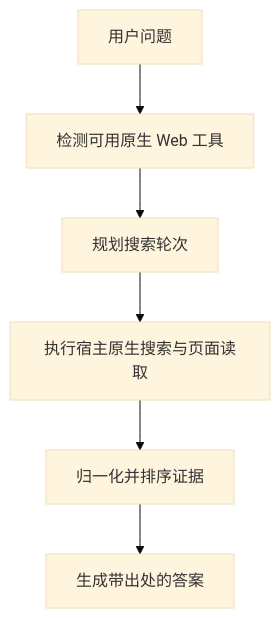
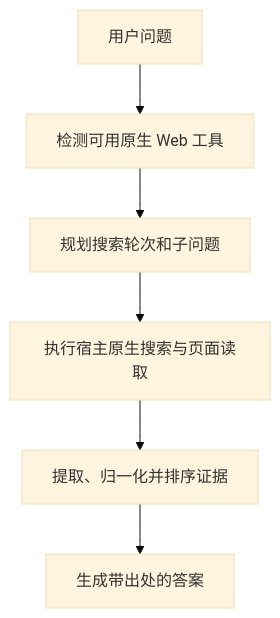
One commit to hellowind777/hellosearch changed the diagram in README_CN.md. Above: the diagram before and after it, drawn with Mermaid (base theme). The commit also changed other lines of this file and 22 other files, not shown here.

````diff
--- a/README_CN.md
+++ b/README_CN.md
@@ -97,8 +111,8 @@
 ```mermaid
 flowchart TD
     A[用户问题] --> B[检测可用原生 Web 工具]
-    B --> C[规划搜索轮次]
+    B --> C[规划搜索轮次和子问题]
     C --> D[执行宿主原生搜索与页面读取]
-    D --> E[归一化并排序证据]
+    D --> E[提取、归一化并排序证据]
     E --> F[生成带出处的答案]
 ```
````
